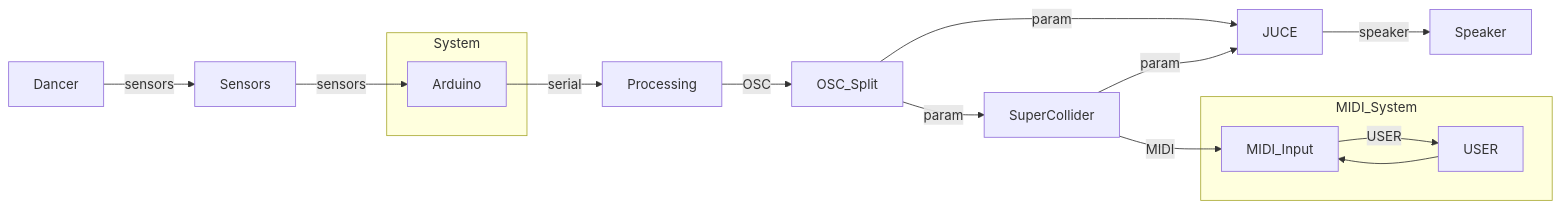
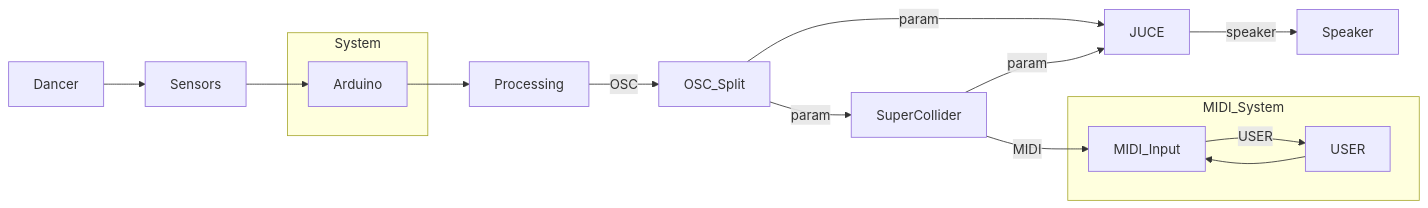
Before and after one commit to GiulianoDiLorenzo/Jacob-SuperCollier: the first of 2 diagrams in README.md, drawn with Mermaid.

````diff
--- a/README.md
+++ b/README.md
@@ -6,23 +6,23 @@
 ```mermaid
 graph LR
-    Dancer -->|sensors| Sensors
-    Sensors -->|sensors| Arduino
-    Arduino -->|serial| Processing
+    Dancer --> Sensors
+    Sensors --> Arduino
+    Arduino --> Processing
     
     Processing -->|OSC| OSC_Split
     OSC_Split -->|param| JUCE
     OSC_Split -->|param| SuperCollider
     SuperCollider -->|param| JUCE
     SuperCollider -->|MIDI| MIDI_Input
     MIDI_Input -->|USER| USER
     
     JUCE -->|speaker| Speaker
 
     subgraph System
         Arduino
     end
     
     subgraph MIDI_System
         USER --> MIDI_Input
     end
 ```
````
